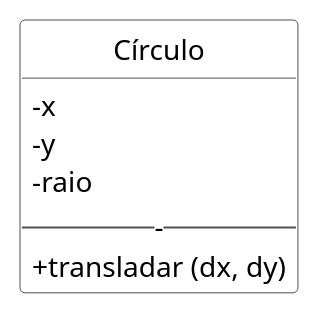
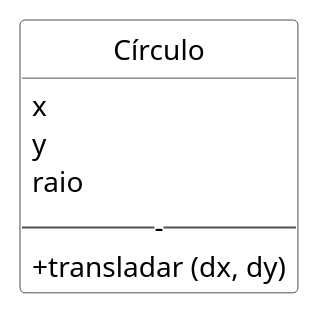
One commit to kyriosdata/oo changed the diagram in imagens/modelos-02/mod02ima03/mod02ima03.plantuml. Above: the diagram before and after it, drawn with PlantUML. The commit also changed 3 other files, not shown here.

```diff
--- a/imagens/modelos-02/mod02ima03/mod02ima03.plantuml
+++ b/imagens/modelos-02/mod02ima03/mod02ima03.plantuml
@@ -1,18 +1,18 @@
 @startuml mod02ima03
 hide circle
 hide methods
 hide empty members
 
 skinparam class {
     BackgroundColor White
     ArrowColor Black
     BorderColor #505050
 }
 skinparam classAttributeIconSize 0
 class "Círculo" as ce
-ce : - x 
-ce : - y 
-ce : - raio
+ce :  x 
+ce :  y 
+ce :  raio
 ce : -----
 ce : + transladar (dx, dy)
 @enduml
```
